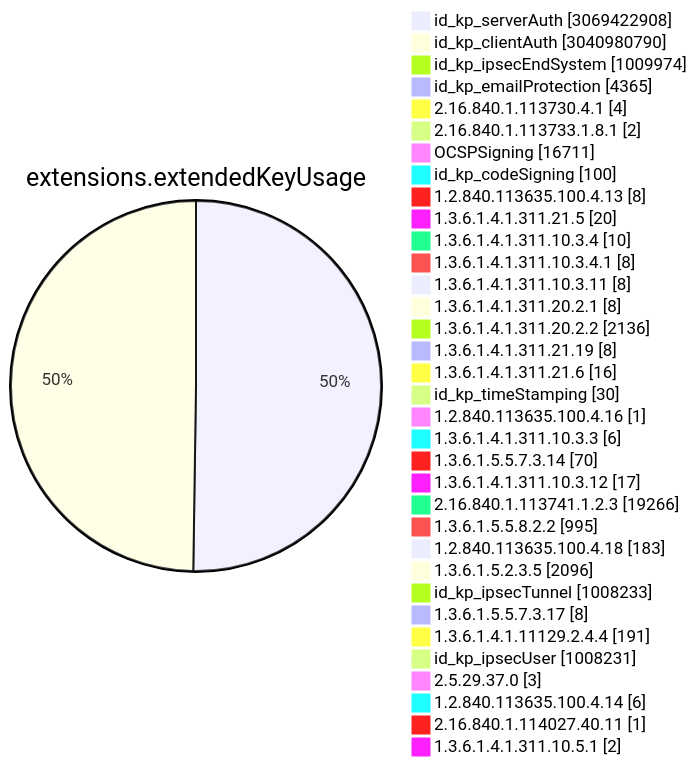
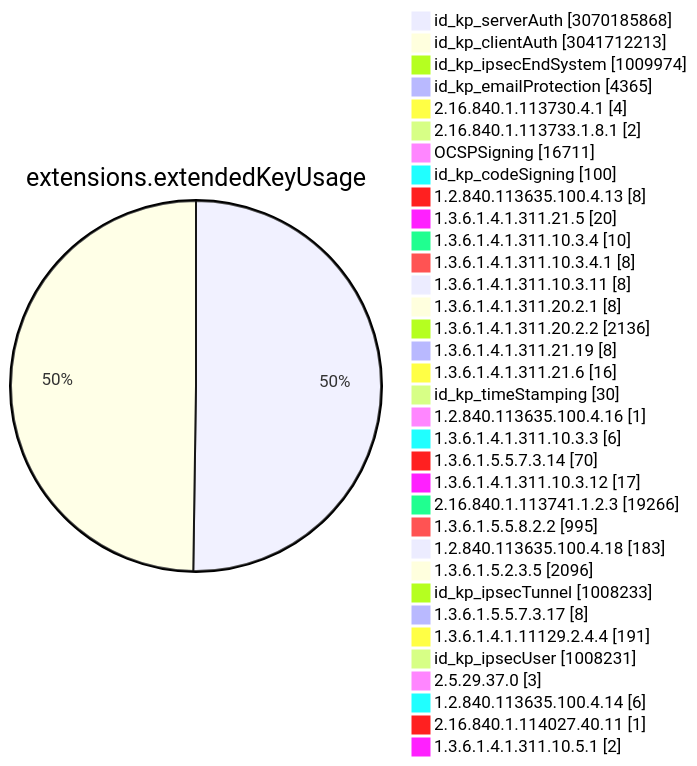
Diagram 11 of 15 in TOTAL/README.md (christiankrug/ctmonitor_visualization), drawn with Mermaid before and after one commit. The commit also changed other lines of this file, not shown here.

````diff
--- a/TOTAL/README.md
+++ b/TOTAL/README.md
@@ -4117,38 +4117,38 @@
 ```mermaid
 pie showData
 title extensions.extendedKeyUsage
-"id_kp_serverAuth" :3069422908
-"id_kp_clientAuth" :3040980790
+"id_kp_serverAuth" :3070185868
+"id_kp_clientAuth" :3041712213
 "id_kp_ipsecEndSystem" :1009974
 "id_kp_emailProtection" :4365
 "2.16.840.1.113730.4.1" :4
 "2.16.840.1.113733.1.8.1" :2
 "OCSPSigning" :16711
 "id_kp_codeSigning" :100
 "1.2.840.113635.100.4.13" :8
 "1.3.6.1.4.1.311.21.5" :20
 "1.3.6.1.4.1.311.10.3.4" :10
 "1.3.6.1.4.1.311.10.3.4.1" :8
 "1.3.6.1.4.1.311.10.3.11" :8
 "1.3.6.1.4.1.311.20.2.1" :8
 "1.3.6.1.4.1.311.20.2.2" :2136
 "1.3.6.1.4.1.311.21.19" :8
 "1.3.6.1.4.1.311.21.6" :16
 "id_kp_timeStamping" :30
 "1.2.840.113635.100.4.16" :1
 "1.3.6.1.4.1.311.10.3.3" :6
 "1.3.6.1.5.5.7.3.14" :70
 "1.3.6.1.4.1.311.10.3.12" :17
 "2.16.840.1.113741.1.2.3" :19266
 "1.3.6.1.5.5.8.2.2" :995
 "1.2.840.113635.100.4.18" :183
 "1.3.6.1.5.2.3.5" :2096
 "id_kp_ipsecTunnel" :1008233
 "1.3.6.1.5.5.7.3.17" :8
 "1.3.6.1.4.1.11129.2.4.4" :191
 "id_kp_ipsecUser" :1008231
 "2.5.29.37.0" :3
 "1.2.840.113635.100.4.14" :6
 "2.16.840.1.114027.40.11" :1
 "1.3.6.1.4.1.311.10.5.1" :2
 ```
````
